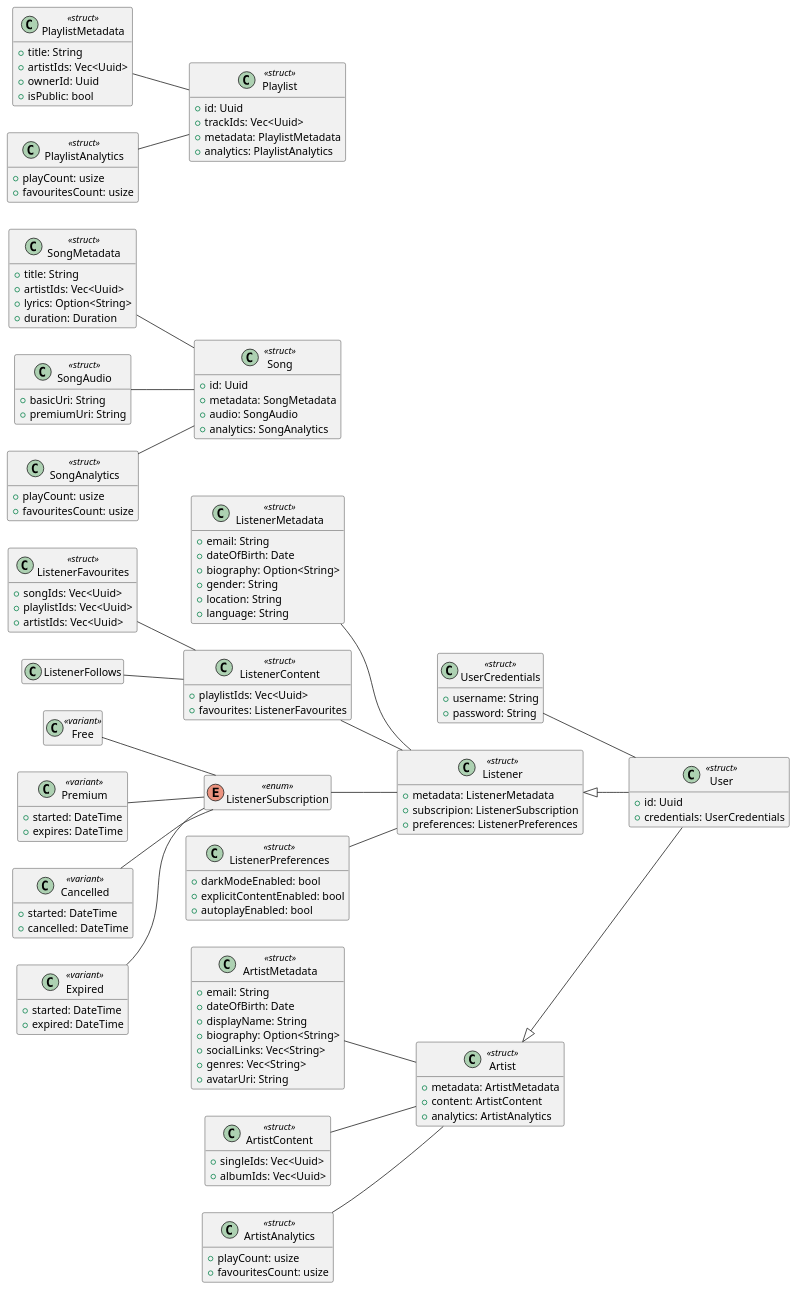
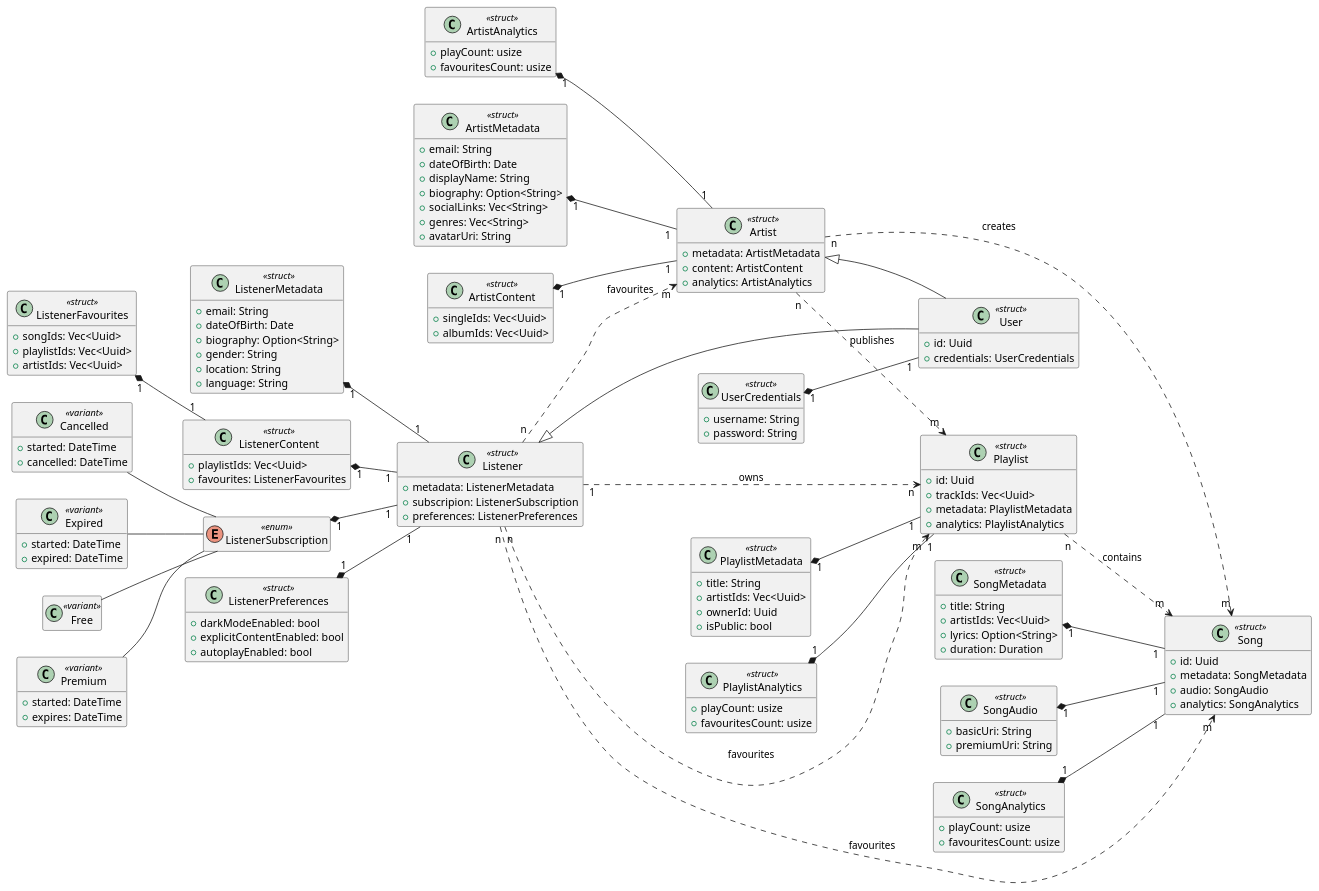
One commit to NTDuck/curtain-call changed the diagram in class-diagrams/domain-class-diagram.puml. Above: the diagram before and after it, drawn with PlantUML. The commit also changed 4 other files, not shown here.

```diff
--- a/class-diagrams/domain-class-diagram.puml
+++ b/class-diagrams/domain-class-diagram.puml
@@ -1,181 +1,187 @@
 @startuml
 
 left to right direction
 hide empty members
 skinparam BackgroundColor transparent
 
 class User <<struct>> {
   + id: Uuid
   + credentials: UserCredentials
 }
 
 class UserCredentials <<struct>> {
   + username: String
   + password: String
 }
 
-UserCredentials -- User
+UserCredentials "1" *-- "1" User
 
 class Listener <<struct>> {
   + metadata: ListenerMetadata
   + subscripion: ListenerSubscription
   + preferences: ListenerPreferences
 }
 
 Listener <|-- User
+Listener "1" ..> "n" Playlist: owns
+Listener "n" ..> "m" Song: favourites
+Listener "n" ..> "m" Playlist: favourites
+Listener "n" ..> "m" Artist: favourites
 
 class ListenerMetadata <<struct>> {
   + email: String
   + dateOfBirth: Date
   + biography: Option<String>
   + gender: String
   + location: String
   + language: String
 }
 
-ListenerMetadata -- Listener
+ListenerMetadata "1" *-- "1" Listener
 
 class ListenerContent <<struct>> {
   + playlistIds: Vec<Uuid>
   + favourites: ListenerFavourites
 }
 
-ListenerContent -- Listener
+ListenerContent "1" *-- "1" Listener
 
 class ListenerFavourites <<struct>> {
   + songIds: Vec<Uuid>
   + playlistIds: Vec<Uuid>
   + artistIds: Vec<Uuid>
 }
 
-ListenerFavourites -- ListenerContent
-
-ListenerFollows -- ListenerContent
+ListenerFavourites "1" *-- "1" ListenerContent
 
 enum ListenerSubscription <<enum>> {
 }
 
-ListenerSubscription -- Listener
+ListenerSubscription "1" *-- "1" Listener
 
 class Free <<variant>> {
 }
 
 Free -- ListenerSubscription
 
 class Premium <<variant>> {
   + started: DateTime
   + expires: DateTime
 }
 
 Premium -- ListenerSubscription
 
 class Cancelled <<variant>> {
   + started: DateTime
   + cancelled: DateTime
 }
 
 Cancelled -- ListenerSubscription
 
 class Expired <<variant>> {
   + started: DateTime
   + expired: DateTime
 }
 
 Expired -- ListenerSubscription
 
 class ListenerPreferences <<struct>> {
   + darkModeEnabled: bool
   + explicitContentEnabled: bool
   + autoplayEnabled: bool
 }
 
-ListenerPreferences -- Listener
+ListenerPreferences "1" *-- "1" Listener
 
 class Artist <<struct>> {
   + metadata: ArtistMetadata
   + content: ArtistContent
   + analytics: ArtistAnalytics
 }
 
 Artist <|-- User
+Artist "n" ..> "m" Song: creates
+Artist "n" ..> "m" Playlist: publishes
 
 class ArtistMetadata <<struct>> {
   + email: String
   + dateOfBirth: Date
   + displayName: String
   + biography: Option<String>
   + socialLinks: Vec<String>
   + genres: Vec<String>
   + avatarUri: String
 }
 
-ArtistMetadata -- Artist
+ArtistMetadata "1" *-- "1" Artist
 
 class ArtistContent <<struct>> {
   + singleIds: Vec<Uuid>
   + albumIds: Vec<Uuid>
 }
 
-ArtistContent -- Artist
+ArtistContent "1" *-- "1" Artist
 
 class ArtistAnalytics <<struct>> {
   + playCount: usize
   + favouritesCount: usize
 }
 
-ArtistAnalytics -- Artist
+ArtistAnalytics "1" *-- "1" Artist
 
 class Song <<struct>> {
   + id: Uuid
   + metadata: SongMetadata
   + audio: SongAudio
   + analytics: SongAnalytics
 }
 
 class SongMetadata <<struct>> {
   + title: String
   + artistIds: Vec<Uuid>
   + lyrics: Option<String>
   + duration: Duration
 }
 
-SongMetadata -- Song
+SongMetadata "1" *-- "1" Song
 
 class SongAudio <<struct>> {
   + basicUri: String
   + premiumUri: String
 }
 
-SongAudio -- Song
+SongAudio "1" *-- "1" Song
 
 class SongAnalytics <<struct>> {
   + playCount: usize
   + favouritesCount: usize
 }
 
-SongAnalytics -- Song
+SongAnalytics "1" *-- "1" Song
 
 class Playlist <<struct>> {
   + id: Uuid
   + trackIds: Vec<Uuid>
   + metadata: PlaylistMetadata
   + analytics: PlaylistAnalytics
 }
 
+Playlist "n" ..> "m" Song: contains
+
 class PlaylistMetadata <<struct>> {
   + title: String
   + artistIds: Vec<Uuid>
   + ownerId: Uuid
   + isPublic: bool
 }
 
-PlaylistMetadata -- Playlist
+PlaylistMetadata "1" *-- "1" Playlist
 
 class PlaylistAnalytics <<struct>> {
   + playCount: usize
   + favouritesCount: usize
 }
 
-PlaylistAnalytics -- Playlist
+PlaylistAnalytics "1" *-- "1" Playlist
 
 @enduml
```
